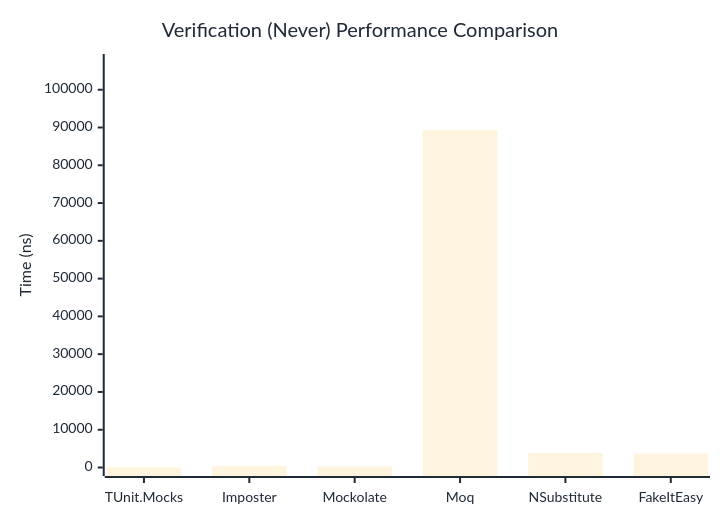
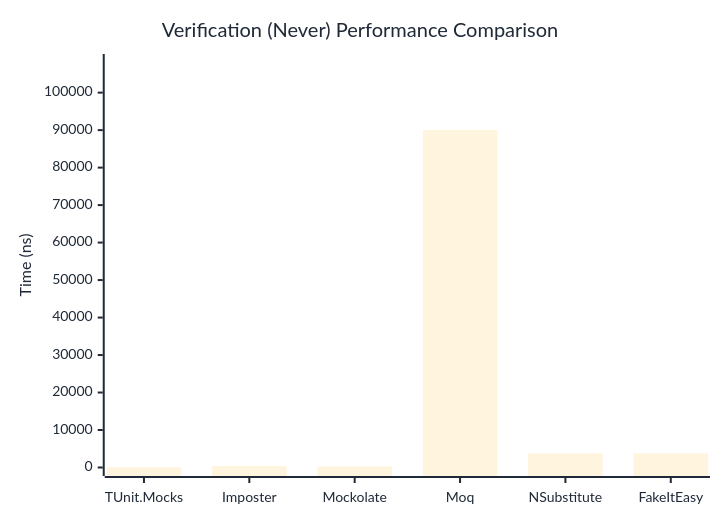
Before and after one commit to thomhurst/TUnit: the second of 3 diagrams in docs/docs/benchmarks/mocks/Verification.md, drawn with Mermaid. The commit also changed other lines of this file and 14 other files, not shown here.

````diff
--- a/docs/docs/benchmarks/mocks/Verification.md
+++ b/docs/docs/benchmarks/mocks/Verification.md
@@ -71,27 +71,27 @@
 ```mermaid
 %%{init: {
   'theme':'base',
   'themeVariables': {
     'primaryColor': '#2563eb',
     'primaryTextColor': '#1f2937',
     'primaryBorderColor': '#1e40af',
     'lineColor': '#6b7280',
     'secondaryColor': '#7c3aed',
     'tertiaryColor': '#dc2626',
     'background': '#ffffff',
     'pie1': '#2563eb',
     'pie2': '#7c3aed',
     'pie3': '#dc2626',
     'pie4': '#f59e0b',
     'pie5': '#10b981',
     'pie6': '#06b6d4',
     'pie7': '#ec4899',
     'pie8': '#6366f1'
   }
 }}%%
 xychart-beta
   title "Verification (Never) Performance Comparison"
   x-axis ["TUnit.Mocks", "Imposter", "Mockolate", "Moq", "NSubstitute", "FakeItEasy"]
-  y-axis "Time (ns)" 0 --> 107206
-  bar [52.43, 407.8, 250.35, 89338.26, 3818.12, 3672.98]
+  y-axis "Time (ns)" 0 --> 108038
+  bar [59.22, 385.28, 277.83, 90031.45, 3746.73, 3765.54]
 ```
````
